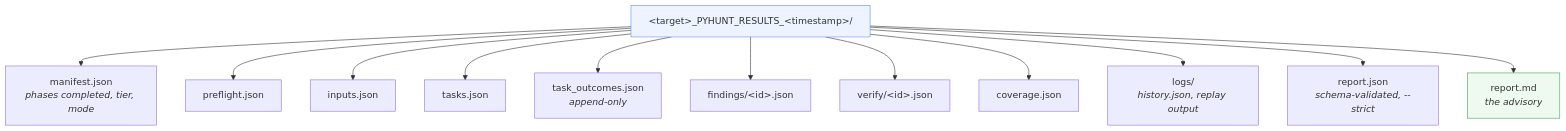
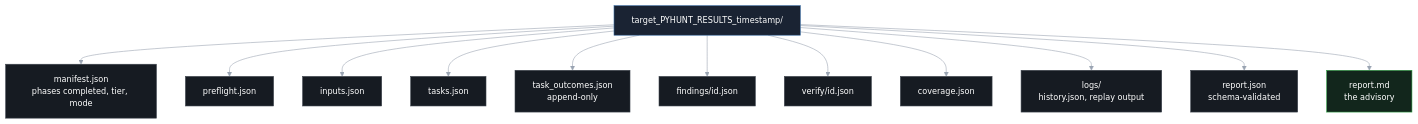
Diagram 15 of 16 in docs/ARCHITECTURE.md (0xsharz/pyhunt), drawn with Mermaid before and after one commit. The commit also changed other lines of this file and 1 other file, not shown here.

````diff
--- a/docs/ARCHITECTURE.md
+++ b/docs/ARCHITECTURE.md
@@ -454,18 +518,23 @@
 ```mermaid
+%%{init: {"theme":"base","themeVariables":{"background":"#0d1117","primaryColor":"#161b22","primaryTextColor":"#ffffff","primaryBorderColor":"#3d444d","lineColor":"#9aa4b2","secondaryColor":"#1c2128","tertiaryColor":"#21262d","mainBkg":"#161b22","textColor":"#ffffff","nodeTextColor":"#ffffff","edgeLabelBackground":"#161b22","fontSize":"14px"}}}%%
 flowchart TD
-    R["&lt;target&gt;_PYHUNT_RESULTS_&lt;timestamp&gt;/"]
-    R --> M["manifest.json<br/><i>phases completed, tier, mode</i>"]
+    R["target_PYHUNT_RESULTS_timestamp/"]
+    R --> M["manifest.json<br/>phases completed, tier, mode"]
     R --> PF["preflight.json"]
     R --> IJ["inputs.json"]
     R --> TJ["tasks.json"]
-    R --> TO["task_outcomes.json<br/><i>append-only</i>"]
-    R --> FD["findings/&lt;id&gt;.json"]
-    R --> VD["verify/&lt;id&gt;.json"]
+    R --> TO["task_outcomes.json<br/>append-only"]
+    R --> FD["findings/id.json"]
+    R --> VD["verify/id.json"]
     R --> CJ["coverage.json"]
-    R --> LG["logs/<br/><i>history.json, replay output</i>"]
-    R --> RJ["report.json<br/><i>schema-validated, --strict</i>"]
-    R --> RM["report.md<br/><i>the advisory</i>"]
+    R --> LG["logs/<br/>history.json, replay output"]
+    R --> RJ["report.json<br/>schema-validated"]
+    R --> RM["report.md<br/>the advisory"]
 
-    style R fill:#eef4ff,stroke:#5b8def
-    style RM fill:#eefaf0,stroke:#3fa15c
+    classDef base fill:#161b22,stroke:#3d444d,color:#ffffff
+    classDef key fill:#1a2333,stroke:#3b6ea5,color:#ffffff
+    classDef good fill:#12261c,stroke:#2ea043,color:#ffffff
+    class M,PF,IJ,TJ,TO,FD,VD,CJ,LG,RJ base
+    class R key
+    class RM good
 ```
````
